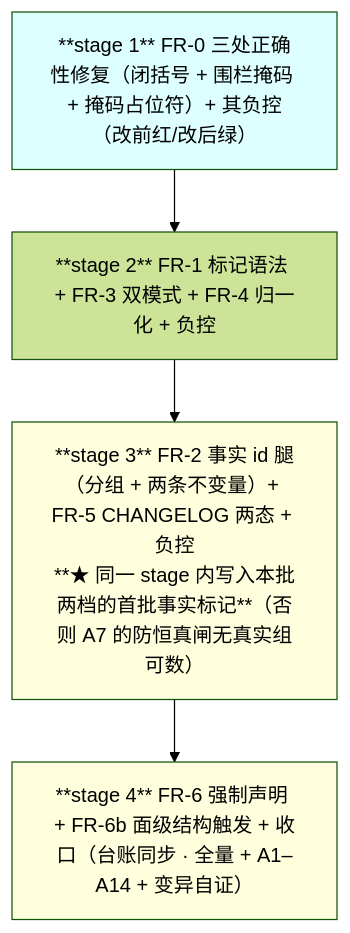
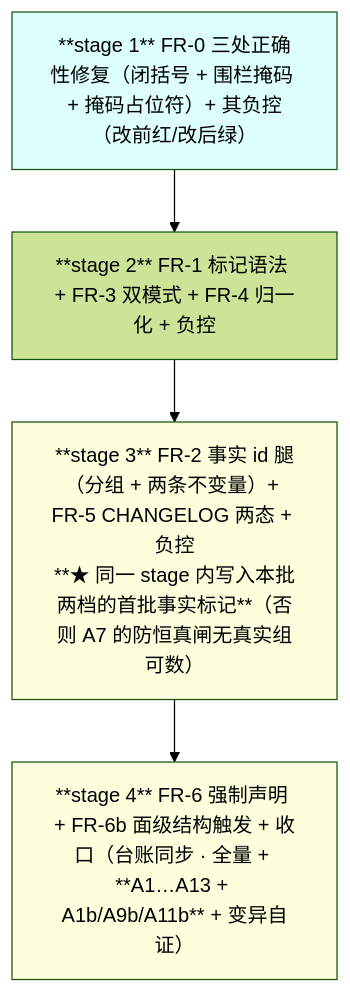
One commit to shenhuanageshei/dsh-thincoder-suite changed the fifth of 5 diagrams in docs/2026-09-17-scope-alignment-design.md. Above: the diagram before and after it, drawn with Mermaid (forest theme). The commit also changed other lines of this file, not shown here.

````diff
--- a/docs/2026-09-17-scope-alignment-design.md
+++ b/docs/2026-09-17-scope-alignment-design.md
@@ -561,10 +571,10 @@
 ```mermaid
 flowchart TD
   S1["**stage 1** FR-0 三处正确性修复（闭括号 + 围栏掩码 + 掩码占位符）+ 其负控（改前红/改后绿）"] --> S2
   S2["**stage 2** FR-1 标记语法 + FR-3 双模式 + FR-4 归一化 + 负控"] --> S3
   S3["**stage 3** FR-2 事实 id 腿（分组 + 两条不变量）+ FR-5 CHANGELOG 两态 + 负控<br/>**★ 同一 stage 内写入本批两档的首批事实标记**（否则 A7 的防恒真闸无真实组可数）"] --> S4
-  S4["**stage 4** FR-6 强制声明 + FR-6b 面级结构触发 + 收口（台账同步 · 全量 + A1–A14 + 变异自证）"]
+  S4["**stage 4** FR-6 强制声明 + FR-6b 面级结构触发 + 收口（台账同步 · 全量 + **A1…A13 + A1b/A9b/A11b** + 变异自证）"]
   style S1 fill:#dff
   style S3 fill:#ffd
   style S4 fill:#ffd
 ```
````
